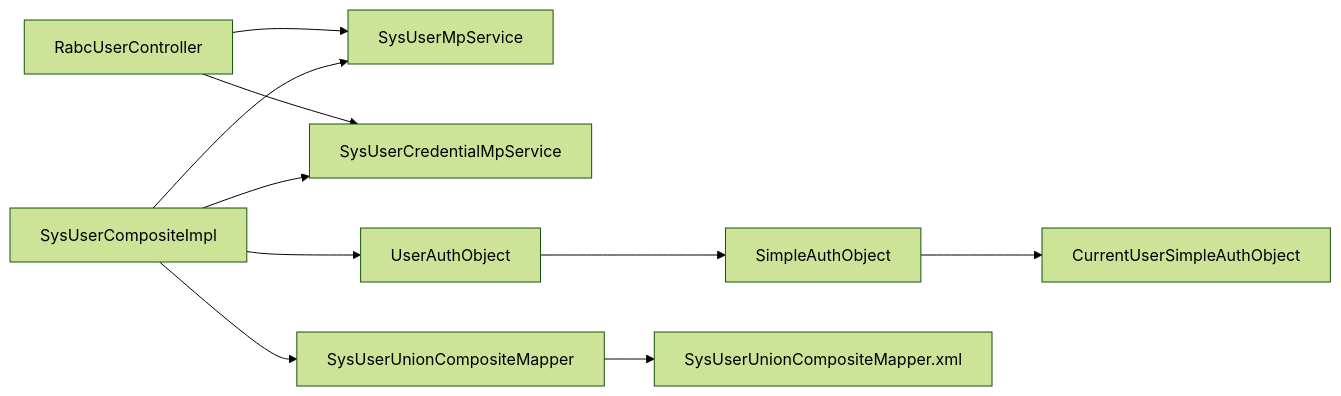
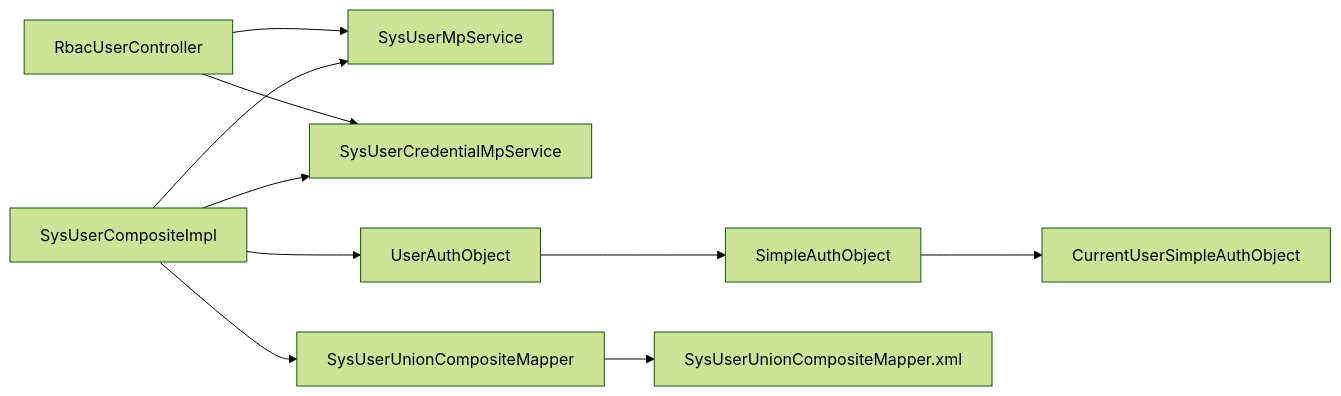
Before and after one commit to LiukewenSC/kewen-framework: the fourth of 4 diagrams in .qoder/repowiki/zh/content/权限系统 (qy-auth)/RBAC实现 (auth-rbac)/用户管理.md, drawn with Mermaid (forest theme). The commit also changed other lines of this file and 764 other files, not shown here.

````diff
--- a/.qoder/repowiki/zh/content/权限系统 (qy-auth)/RBAC实现 (auth-rbac)/用户管理.md
+++ b/.qoder/repowiki/zh/content/权限系统 (qy-auth)/RBAC实现 (auth-rbac)/用户管理.md
@@ -327,12 +327,12 @@
 ```mermaid
 graph LR
-Ctrl["RabcUserController"] --> SvcU["SysUserMpService"]
+Ctrl["RbacUserController"] --> SvcU["SysUserMpService"]
 Ctrl --> SvcC["SysUserCredentialMpService"]
 Impl["SysUserCompositeImpl"] --> SvcU
 Impl --> SvcC
 Impl --> Mapper["SysUserUnionCompositeMapper"]
 Impl --> OA["UserAuthObject"]
 OA --> SA["SimpleAuthObject"]
 SA --> CA["CurrentUserSimpleAuthObject"]
 Mapper --> XML["SysUserUnionCompositeMapper.xml"]
 ```
````
